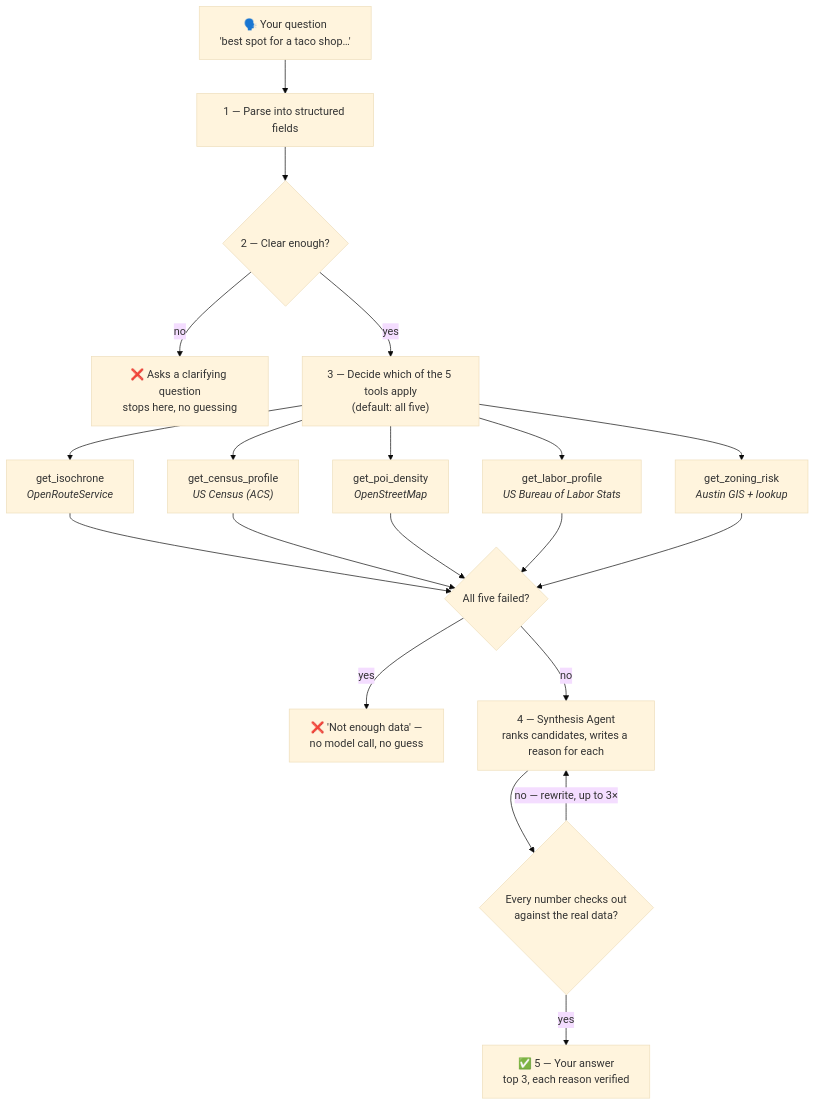
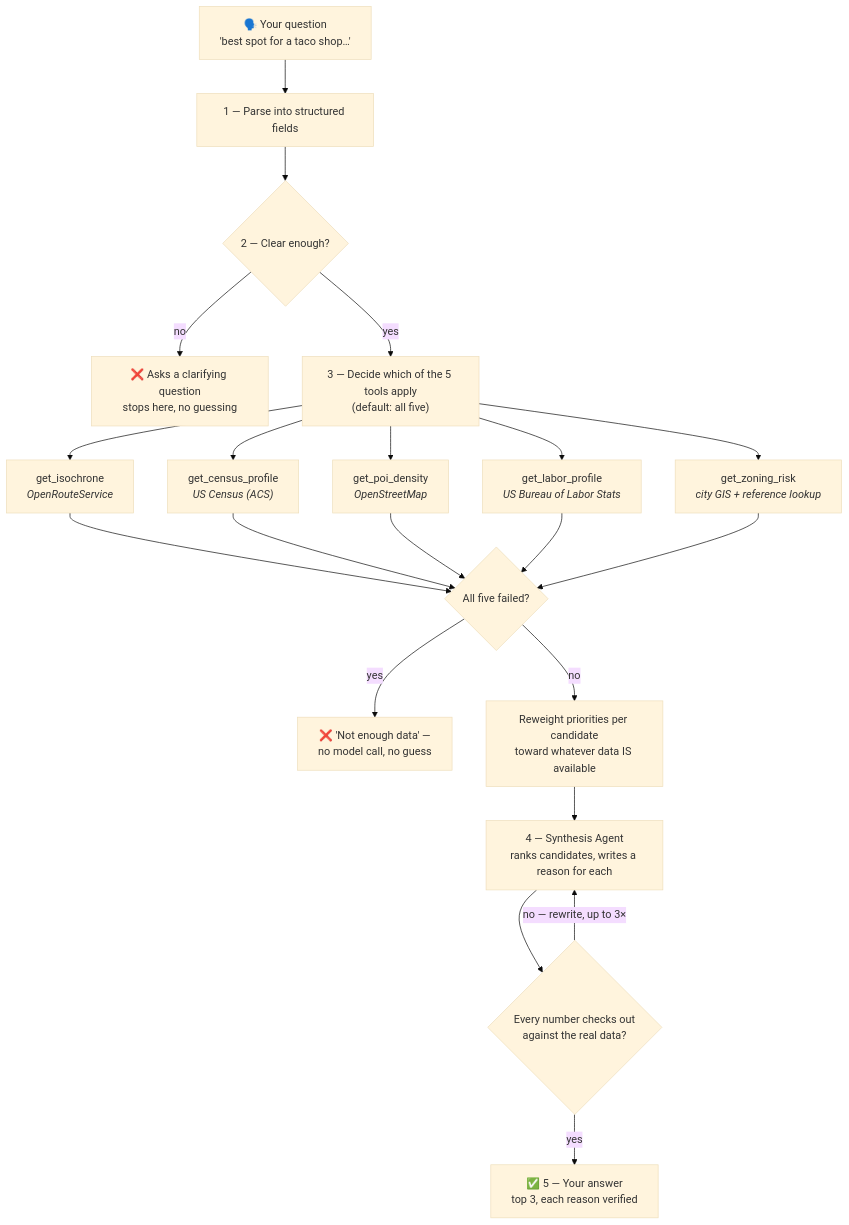
One commit to ajay1808/site-selection-copilot changed the diagram in README.md. Above: the diagram before and after it, drawn with Mermaid (base theme). The commit also changed other lines of this file and 16 other files, not shown here.

````diff
--- a/README.md
+++ b/README.md
@@ -9,21 +9,22 @@
 ```mermaid
 flowchart TD
     Q["🗣️ Your question<br/>'best spot for a taco shop…'"] --> P["1 — Parse into structured fields"]
     P --> C{"2 — Clear enough?"}
     C -- no --> CLARIFY["❌ Asks a clarifying question<br/>stops here, no guessing"]
     C -- yes --> D["3 — Decide which of the 5 tools apply<br/>(default: all five)"]
 
     D --> T1["get_isochrone<br/><i>OpenRouteService</i>"]
     D --> T2["get_census_profile<br/><i>US Census (ACS)</i>"]
     D --> T3["get_poi_density<br/><i>OpenStreetMap</i>"]
     D --> T4["get_labor_profile<br/><i>US Bureau of Labor Stats</i>"]
-    D --> T5["get_zoning_risk<br/><i>Austin GIS + lookup</i>"]
+    D --> T5["get_zoning_risk<br/><i>city GIS + reference lookup</i>"]
 
     T1 & T2 & T3 & T4 & T5 --> G{"All five failed?"}
     G -- yes --> INSUFF["❌ 'Not enough data' —<br/>no model call, no guess"]
-    G -- no --> S["4 — Synthesis Agent<br/>ranks candidates, writes a reason for each"]
+    G -- no --> RW["Reweight priorities per candidate<br/>toward whatever data IS available"]
+    RW --> S["4 — Synthesis Agent<br/>ranks candidates, writes a reason for each"]
 
     S --> V{"Every number checks out<br/>against the real data?"}
     V -- "no — rewrite, up to 3×" --> S
     V -- yes --> R["✅ 5 — Your answer<br/>top 3, each reason verified"]
 ```
````
